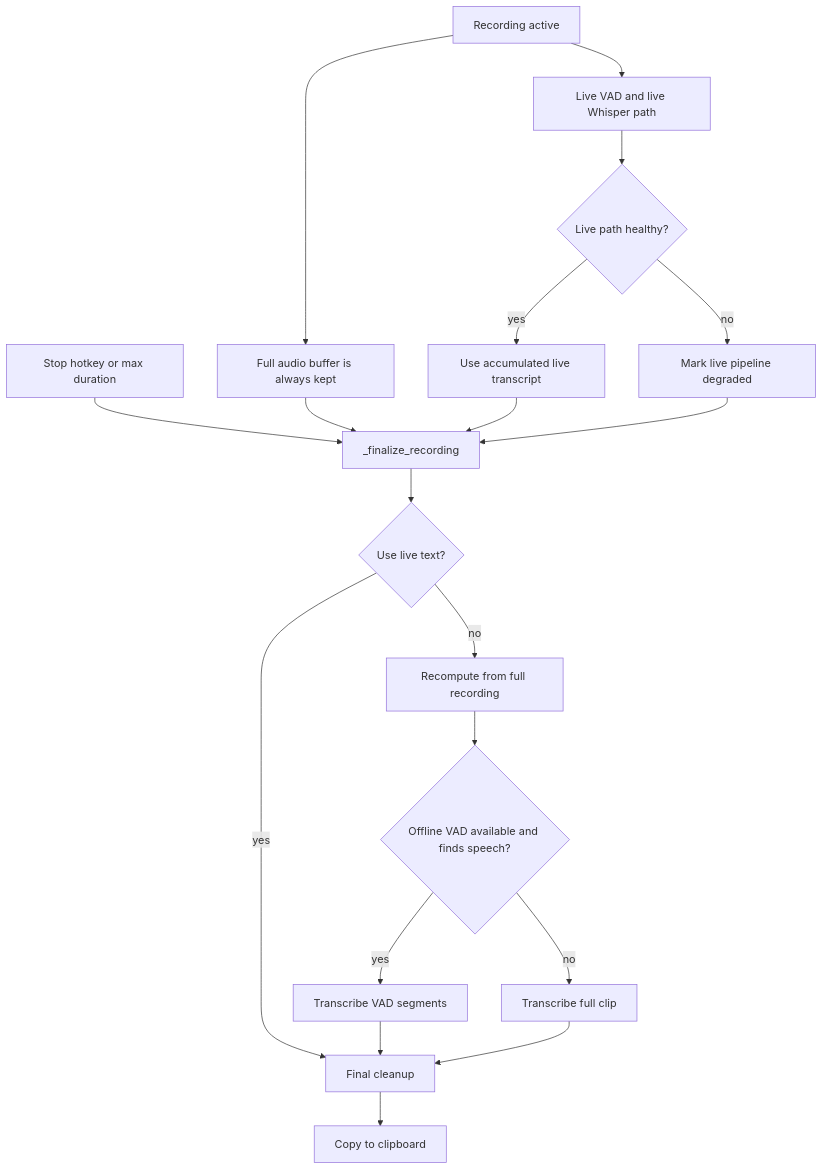
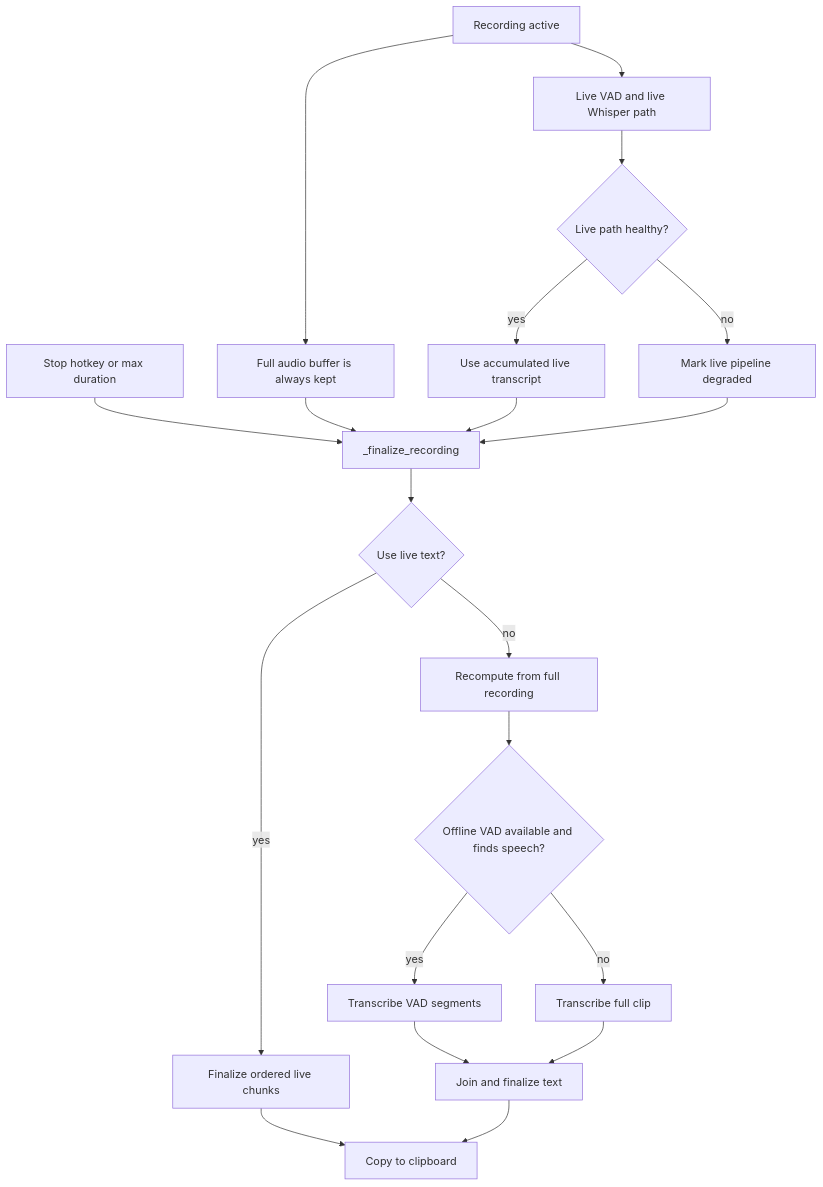
The first of 4 diagrams in docs/failure-and-fallbacks.md (laceyp99/murmur), drawn with Mermaid before and after one commit. The commit also changed other lines of this file and 6 other files, not shown here.

````diff
--- a/docs/failure-and-fallbacks.md
+++ b/docs/failure-and-fallbacks.md
@@ -10,24 +11,25 @@
 ```mermaid
 flowchart TB
     Recording["Recording active"] --> FullBuffer["Full audio buffer is always kept"]
     Recording --> LivePath["Live VAD and live Whisper path"]
 
     LivePath --> LiveStatus{"Live path healthy?"}
     LiveStatus -->|yes| LiveText["Use accumulated live transcript"]
     LiveStatus -->|no| Degraded["Mark live pipeline degraded"]
 
     Stop["Stop hotkey or max duration"] --> Finalize["_finalize_recording"]
     FullBuffer --> Finalize
     LiveText --> Finalize
     Degraded --> Finalize
 
     Finalize --> Decision{"Use live text?"}
-    Decision -->|yes| Cleanup["Final cleanup"]
+    Decision -->|yes| LiveCleanup["Finalize ordered live chunks"]
     Decision -->|no| Recompute["Recompute from full recording"]
     Recompute --> OfflineVad{"Offline VAD available and finds speech?"}
     OfflineVad -->|yes| Segments["Transcribe VAD segments"]
     OfflineVad -->|no| FullClip["Transcribe full clip"]
-    Segments --> Cleanup
-    FullClip --> Cleanup
-    Cleanup --> Clipboard["Copy to clipboard"]
+    Segments --> OfflineCleanup["Join and finalize text"]
+    FullClip --> OfflineCleanup
+    LiveCleanup --> Clipboard["Copy to clipboard"]
+    OfflineCleanup --> Clipboard
 ```
````
